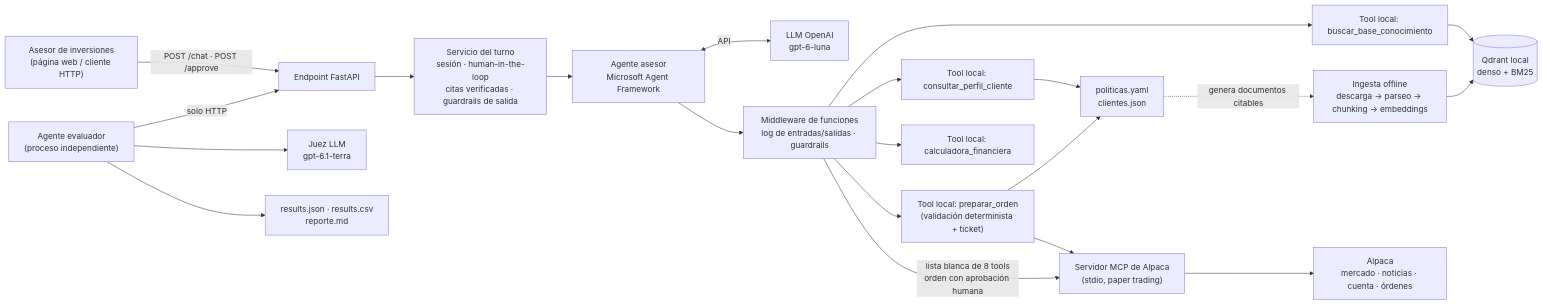
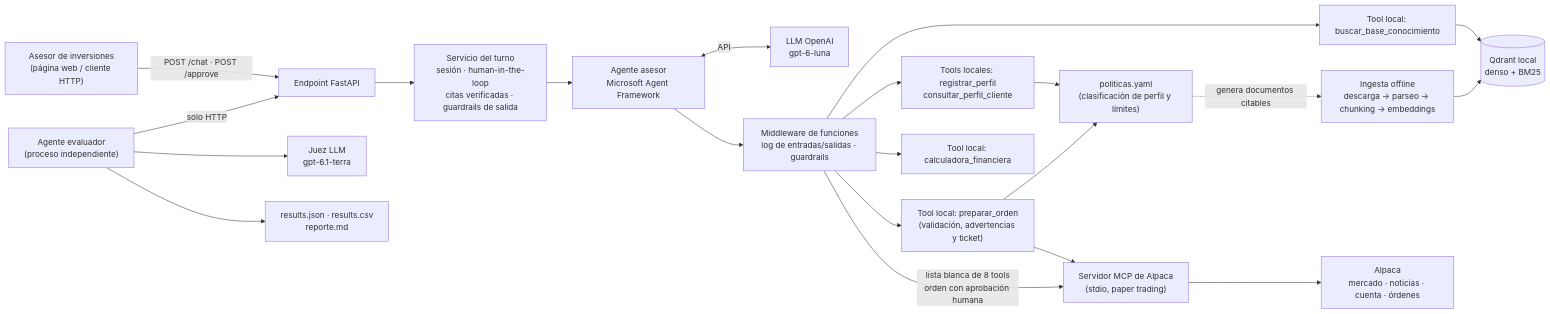
Before and after one commit to AmadorZP/asesoria-reto-ai-engineer: the first of 2 diagrams in README.md, drawn with Mermaid. The commit also changed other lines of this file and 41 other files, not shown here.

First line of the commit message:
AsesorIA v2: perfil inferido en la conversacion, advertencias en dos pasos y evaluacion por conversacion

````diff
--- a/README.md
+++ b/README.md
@@ -21,27 +21,27 @@
 ```mermaid
 flowchart LR
     U["Asesor de inversiones<br/>(página web / cliente HTTP)"] -->|"POST /chat · POST /approve"| API["Endpoint FastAPI"]
     API --> SVC["Servicio del turno<br/>sesión · human-in-the-loop<br/>citas verificadas · guardrails de salida"]
     SVC --> AG["Agente asesor<br/>Microsoft Agent Framework"]
     AG <-->|"API"| LLM["LLM OpenAI<br/>gpt-6-luna"]
     AG --> MW["Middleware de funciones<br/>log de entradas/salidas · guardrails"]
 
     MW --> T1["Tool local: buscar_base_conocimiento"]
-    MW --> T2["Tool local: consultar_perfil_cliente"]
+    MW --> T2["Tools locales: registrar_perfil<br/>consultar_perfil_cliente"]
     MW --> T3["Tool local: calculadora_financiera"]
-    MW --> T4["Tool local: preparar_orden<br/>(validación determinista + ticket)"]
+    MW --> T4["Tool local: preparar_orden<br/>(validación, advertencias y ticket)"]
     MW -->|"lista blanca de 8 tools<br/>orden con aprobación humana"| MCP["Servidor MCP de Alpaca<br/>(stdio, paper trading)"]
 
     T1 --> KB[("Qdrant local<br/>denso + BM25")]
-    T2 --> POL["politicas.yaml<br/>clientes.json"]
+    T2 --> POL["politicas.yaml<br/>(clasificación de perfil y límites)"]
     T4 --> POL
     T4 --> MCP
     MCP --> ALP["Alpaca<br/>mercado · noticias · cuenta · órdenes"]
 
     ING["Ingesta offline<br/>descarga → parseo → chunking → embeddings"] --> KB
     POL -.->|"genera documentos citables"| ING
 
     EV["Agente evaluador<br/>(proceso independiente)"] -->|"solo HTTP"| API
     EV --> J["Juez LLM<br/>gpt-6.1-terra"]
     EV --> OUT["results.json · results.csv<br/>reporte.md"]
 ```
````
